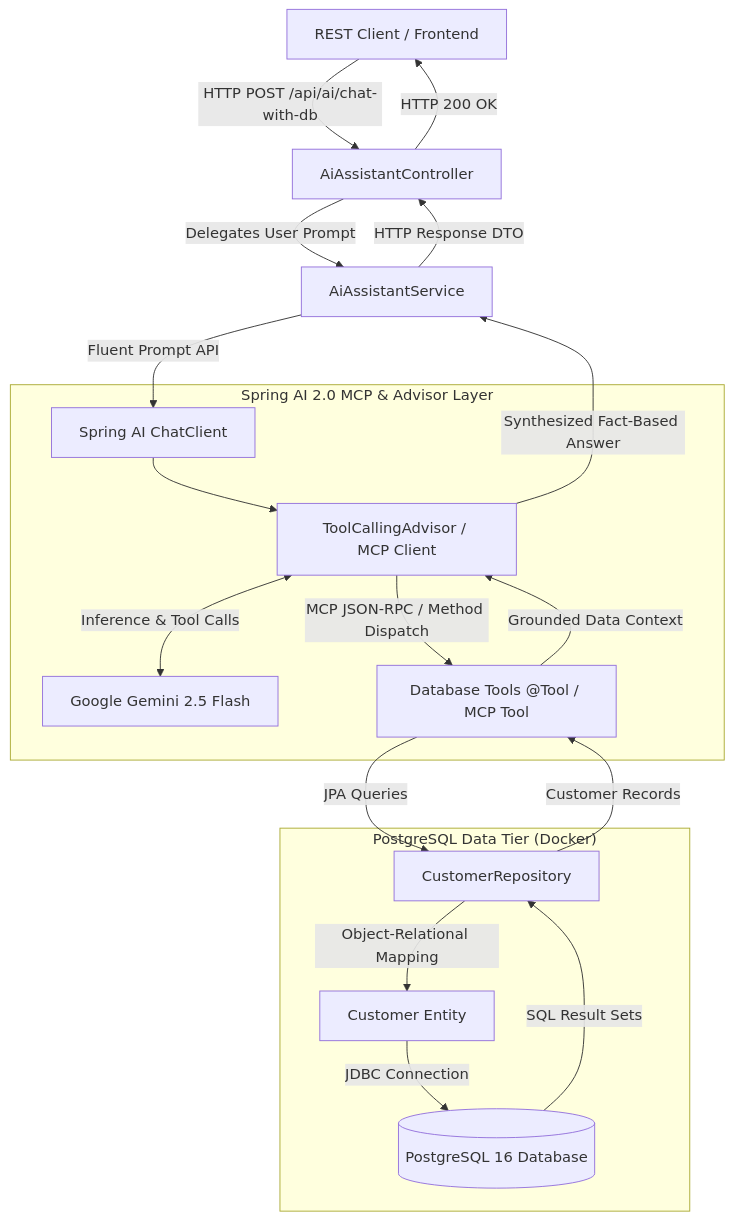
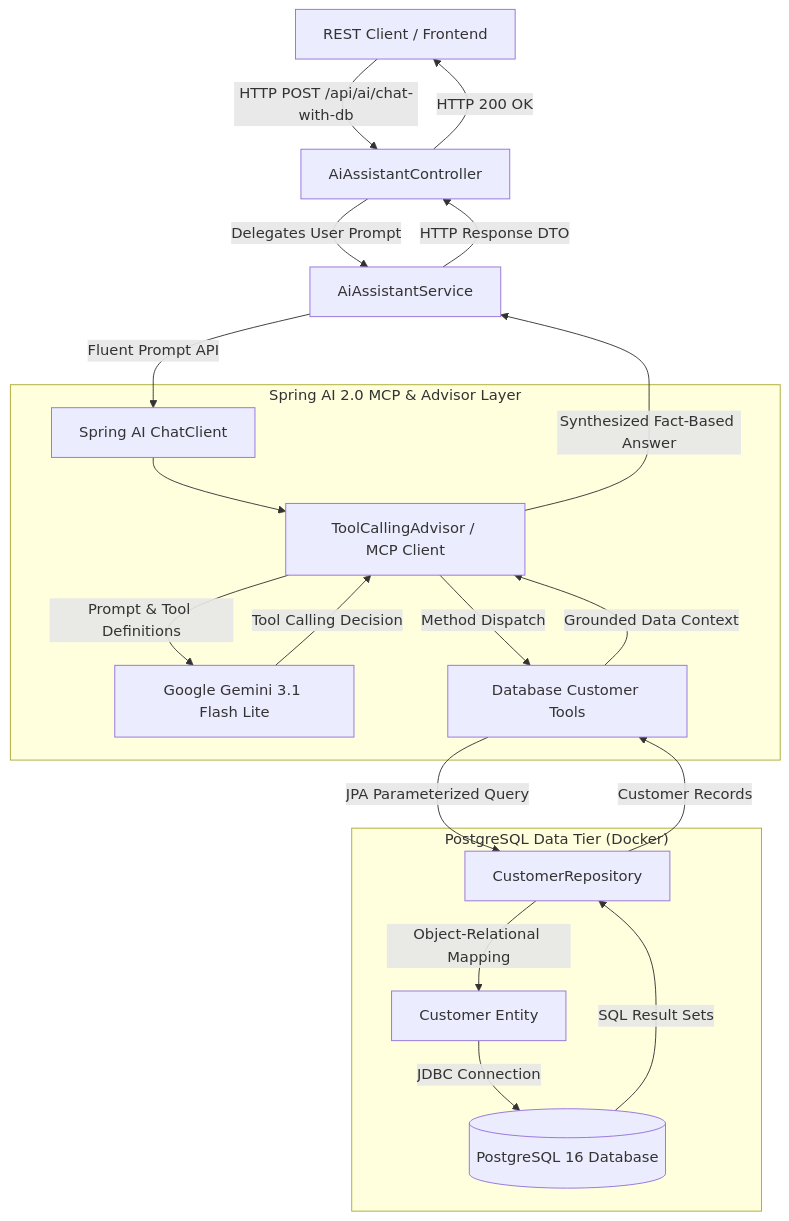
One commit to neolia-monu/Spring-AI-CRM-Project changed the first of 2 diagrams in ARCHITECTURE.md. Above: the diagram before and after it, drawn with Mermaid. The commit also changed other lines of this file and 16 other files, not shown here.

````diff
--- a/ARCHITECTURE.md
+++ b/ARCHITECTURE.md
@@ -22,25 +22,26 @@
 ```mermaid
 flowchart TD
-    Client[REST Client / Frontend] -->|HTTP POST /api/ai/chat-with-db| Ctrl[AiAssistantController]
-    Ctrl -->|Delegates User Prompt| Svc[AiAssistantService]
-    Svc -->|Fluent Prompt API| CC[Spring AI ChatClient]
+    Client["REST Client / Frontend"] -->|"HTTP POST /api/ai/chat-with-db"| Ctrl["AiAssistantController"]
+    Ctrl -->|"Delegates User Prompt"| Svc["AiAssistantService"]
+    Svc -->|"Fluent Prompt API"| CC["Spring AI ChatClient"]
 
-    subgraph "Spring AI 2.0 MCP & Advisor Layer"
-        CC --> Adv[ToolCallingAdvisor / MCP Client]
-        Adv <-->|Inference & Tool Calls| LLM[Google Gemini 2.5 Flash]
-        Adv -->|MCP JSON-RPC / Method Dispatch| MCPTools[Database Tools @Tool / MCP Tool]
+    subgraph MCP_Layer["Spring AI 2.0 MCP & Advisor Layer"]
+        CC --> Adv["ToolCallingAdvisor / MCP Client"]
+        Adv -->|"Prompt & Tool Definitions"| LLM["Google Gemini 3.1 Flash Lite"]
+        LLM -->|"Tool Calling Decision"| Adv
+        Adv -->|"Method Dispatch"| MCPTools["Database Customer Tools"]
     end
 
-    subgraph "PostgreSQL Data Tier (Docker)"
-        MCPTools -->|JPA Queries| Repo[CustomerRepository]
-        Repo -->|Object-Relational Mapping| Entity[Customer Entity]
-        Entity -->|JDBC Connection| DB[(PostgreSQL 16 Database)]
+    subgraph DB_Tier["PostgreSQL Data Tier (Docker)"]
+        MCPTools -->|"JPA Parameterized Query"| Repo["CustomerRepository"]
+        Repo -->|"Object-Relational Mapping"| Entity["Customer Entity"]
+        Entity -->|"JDBC Connection"| DB[("PostgreSQL 16 Database")]
     end
 
-    DB -->|SQL Result Sets| Repo
-    Repo -->|Customer Records| MCPTools
-    MCPTools -->|Grounded Data Context| Adv
-    Adv -->|Synthesized Fact-Based Answer| Svc
-    Svc -->|HTTP Response DTO| Ctrl
-    Ctrl -->|HTTP 200 OK| Client
+    DB -->|"SQL Result Sets"| Repo
+    Repo -->|"Customer Records"| MCPTools
+    MCPTools -->|"Grounded Data Context"| Adv
+    Adv -->|"Synthesized Fact-Based Answer"| Svc
+    Svc -->|"HTTP Response DTO"| Ctrl
+    Ctrl -->|"HTTP 200 OK"| Client
 ```
````
